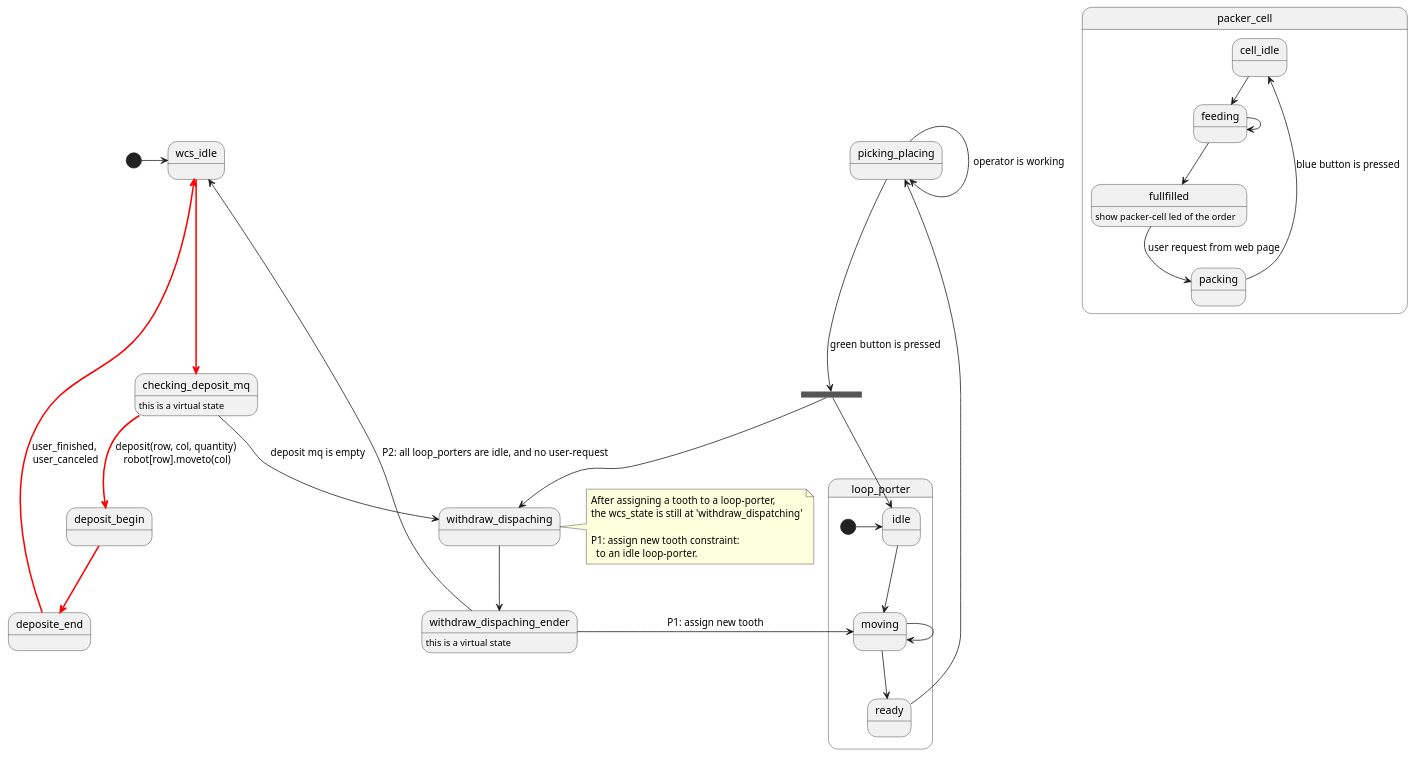
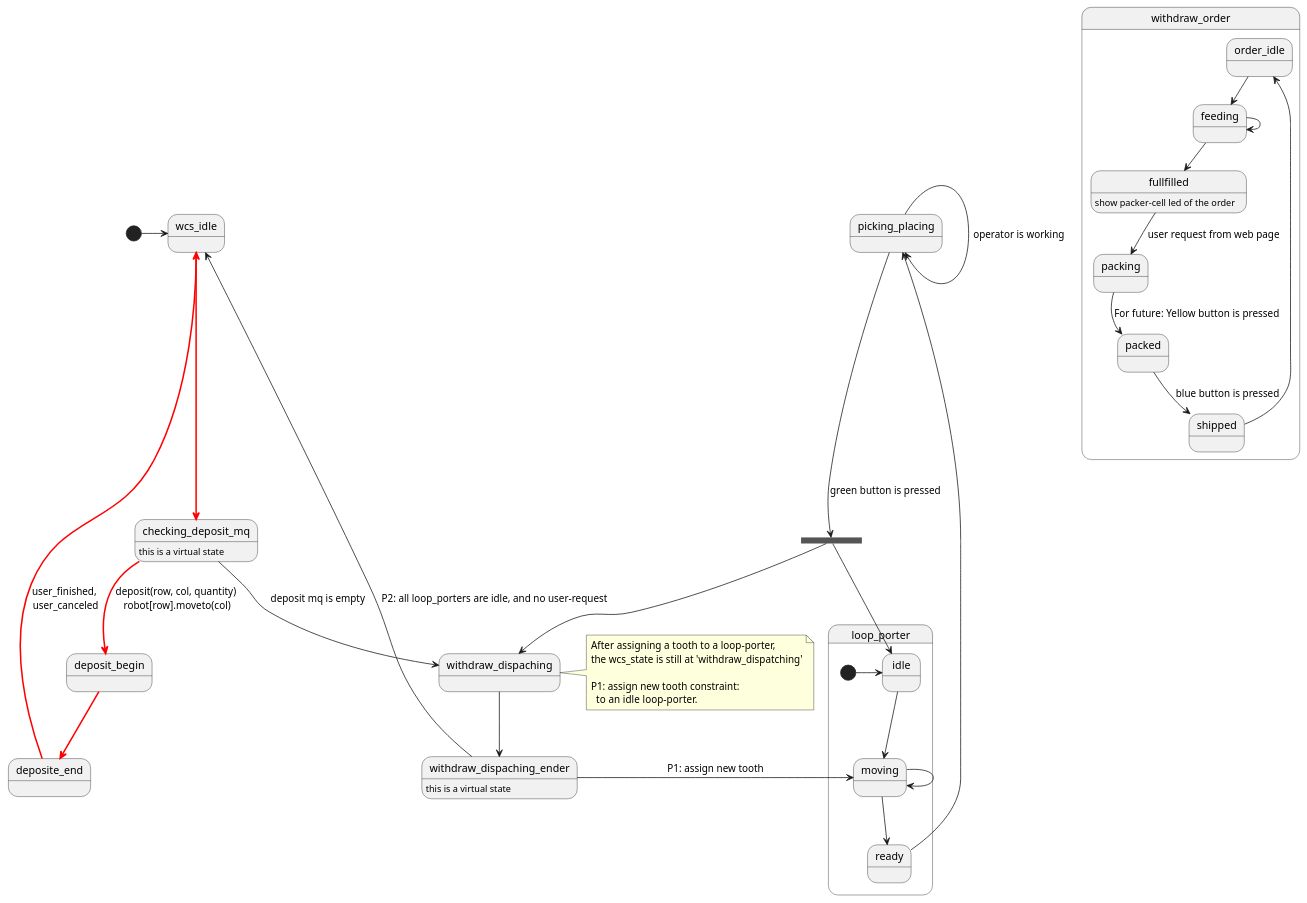
The diagram in apps/twh2/docs/wcs_state_machine.puml (voicevon/gobot_front), drawn with PlantUML before and after one commit. The commit also changed 3 other files, not shown here.

Commit message:
fullfilled and shipped order

```diff
--- a/apps/twh2/docs/wcs_state_machine.puml
+++ b/apps/twh2/docs/wcs_state_machine.puml
@@ -1,49 +1,51 @@
 @startuml
 [*] -> wcs_idle
 
 wcs_idle-[#red,bold]-> checking_deposit_mq
 checking_deposit_mq -[#red,bold]-> deposit_begin: deposit(row, col, quantity) \nrobot[row].moveto(col)
 deposit_begin -[#red,bold]-> deposite_end
 deposite_end -[#red,bold]->wcs_idle: user_finished, \nuser_canceled
 
 checking_deposit_mq --> withdraw_dispaching: deposit mq is empty
 checking_deposit_mq: this is a virtual state
   state loop_porter {
     [*] -> idle 
     idle --> moving
     moving -> moving
     moving --> ready
   }
   
 ' checking_withdraw_request --> moving
 state ending <<fork>>
 ready-->picking_placing
 picking_placing -> picking_placing: operator is working
 picking_placing --> ending:  green button is pressed
 ending --> idle
 ending --> withdraw_dispaching
 withdraw_dispaching --> withdraw_dispaching_ender
 withdraw_dispaching_ender --> moving: P1: assign new tooth
 withdraw_dispaching_ender -->  wcs_idle:  P2: all loop_porters are idle, and no user-request
 withdraw_dispaching_ender: this is a virtual state
 ' checking_withdraw_request --> wcs_idle: request is empty
 ' checking_withdraw_request --> withdraw_begin: withdraw(list(row,col))
 ' withdraw_begin -->  withdraw_end: green button is pressed
 
 note right of withdraw_dispaching
   After assigning a tooth to a loop-porter, 
   the wcs_state is still at 'withdraw_dispatching'
 
   P1: assign new tooth constraint: 
     to an idle loop-porter.
 end note
 
-state packer_cell{
-  cell_idle --> feeding
+state withdraw_order{
+  order_idle --> feeding
   feeding --> feeding
   feeding --> fullfilled
   fullfilled --> packing: user request from web page
-  packing --> cell_idle: blue button is pressed
+  packing --> packed: For future: Yellow button is pressed
+  packed --> shipped: blue button is pressed
+  shipped --> order_idle
   fullfilled: show packer-cell led of the order
 }
 @enduml
```
